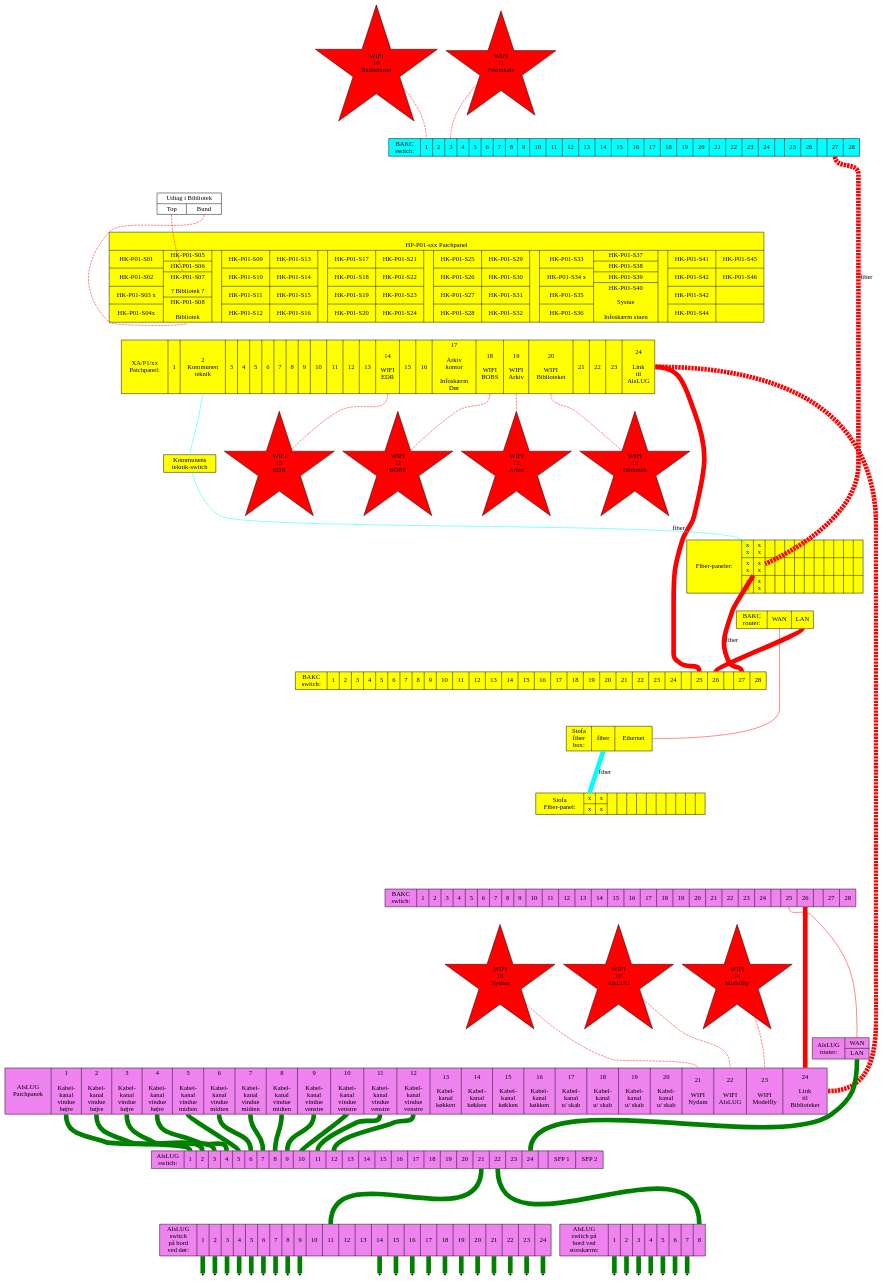
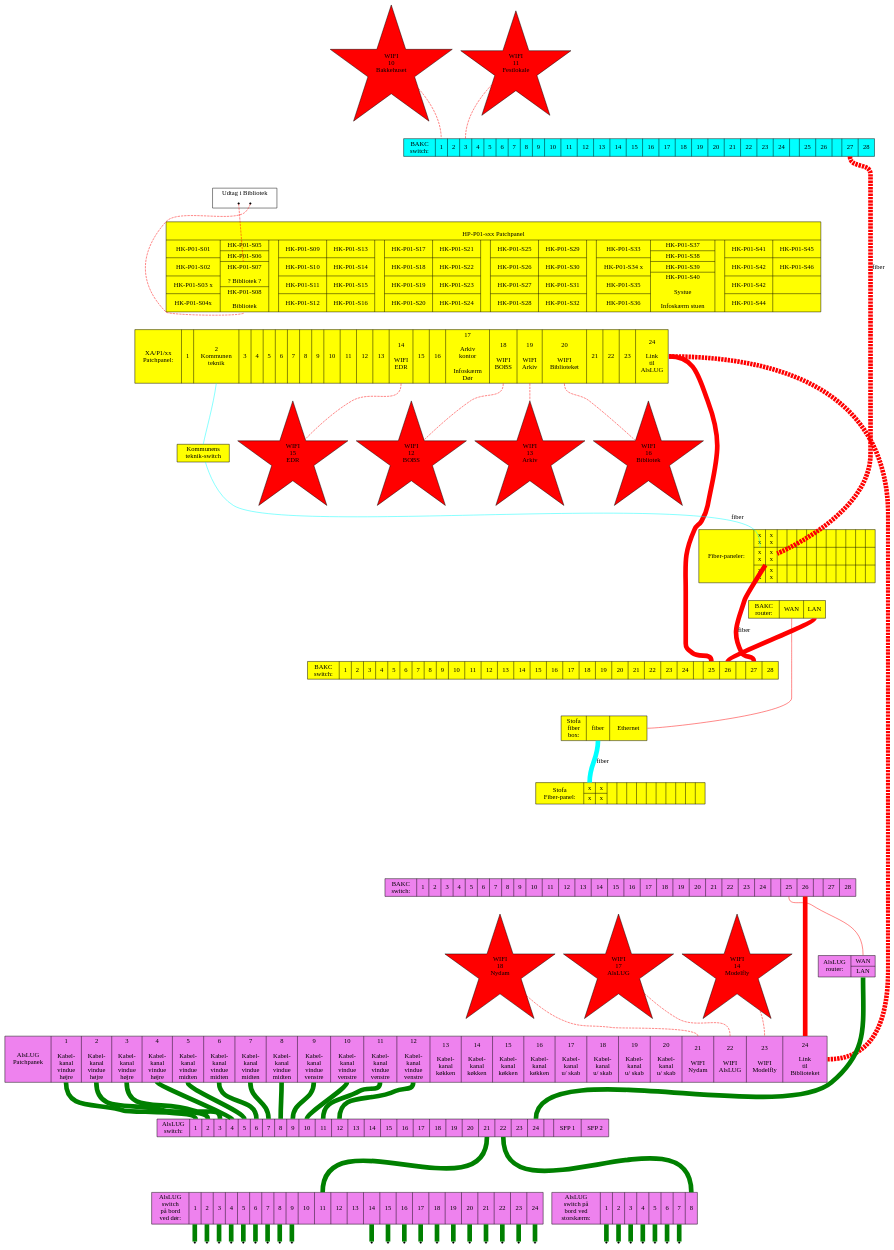
Before and after one commit to alslug/alslug.dk: the diagram in projekter/patch-paneler.dot, drawn with Graphviz.

```diff
--- a/projekter/patch-paneler.dot
+++ b/projekter/patch-paneler.dot
@@ -408,14 +408,16 @@
                                     bib_fiberpaneler_1:festlokale_fiber -> bakc_bib_switch:fiber_1 [ color=red penwidth=10 label="fiber" ];
 
  
-  {
-    edge [ color=red penwidth=1 style=dashed ];  
-    node [ shape=record ];
-    bib_stik [ label="{Udtag i Bibliotek|{<top> Top|<bund> Bund}}" ];
-    bib_stik:top -> hk_p01:07;
-    bib_stik:bund -> hk_p01:08;
+  subgraph cluster_udtag_i_bibliotek {
+    node [ shape=point ];
+    label="Udtag i Bibliotek";
+    bib_stik_top;
+    bib_stik_bund;
   }
-  
+  edge [ color=red penwidth=1 style=dashed ];  
+  bib_stik_top -> hk_p01:07;
+  bib_stik_bund -> hk_p01:08;
+
   node [ color=invis shape=point ];
   edge [ color=invis penwidth=50 style=dotted ];  
   bakc_festlokale_switch
```
